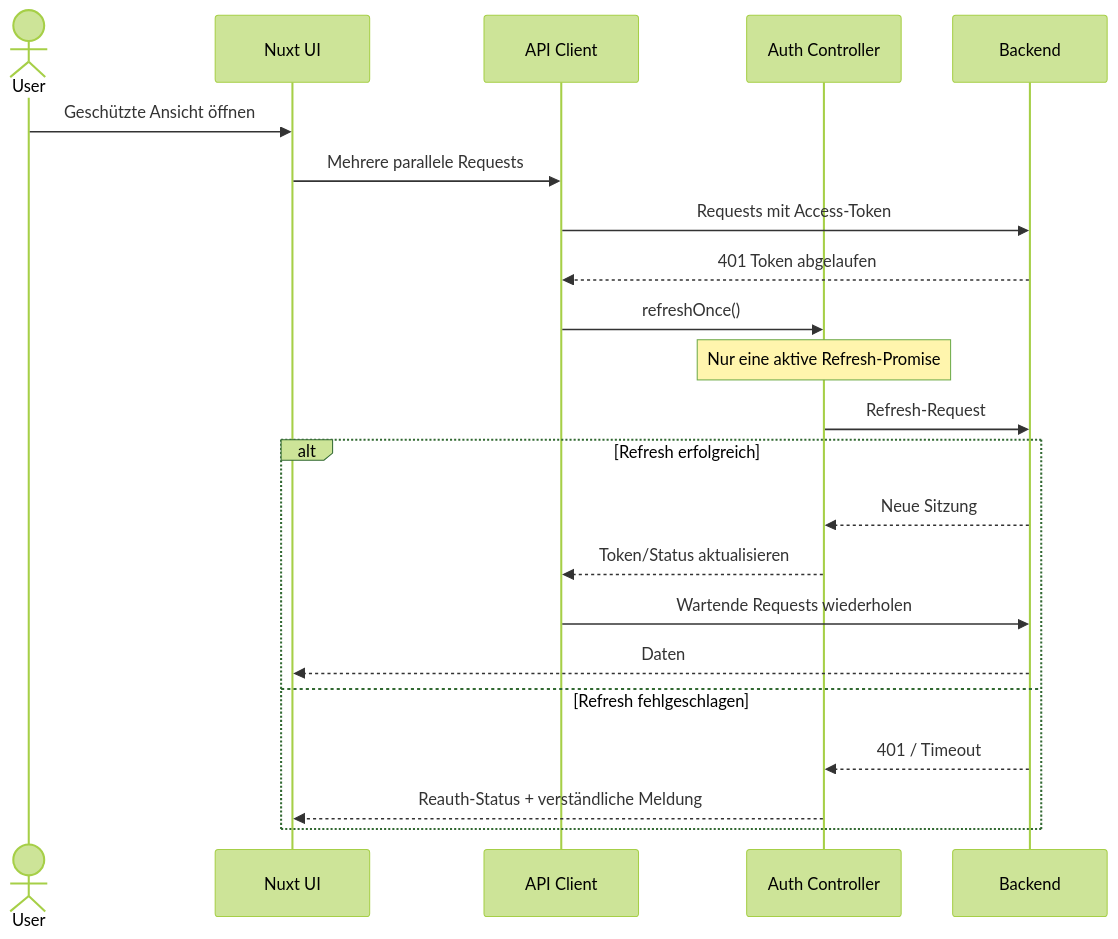
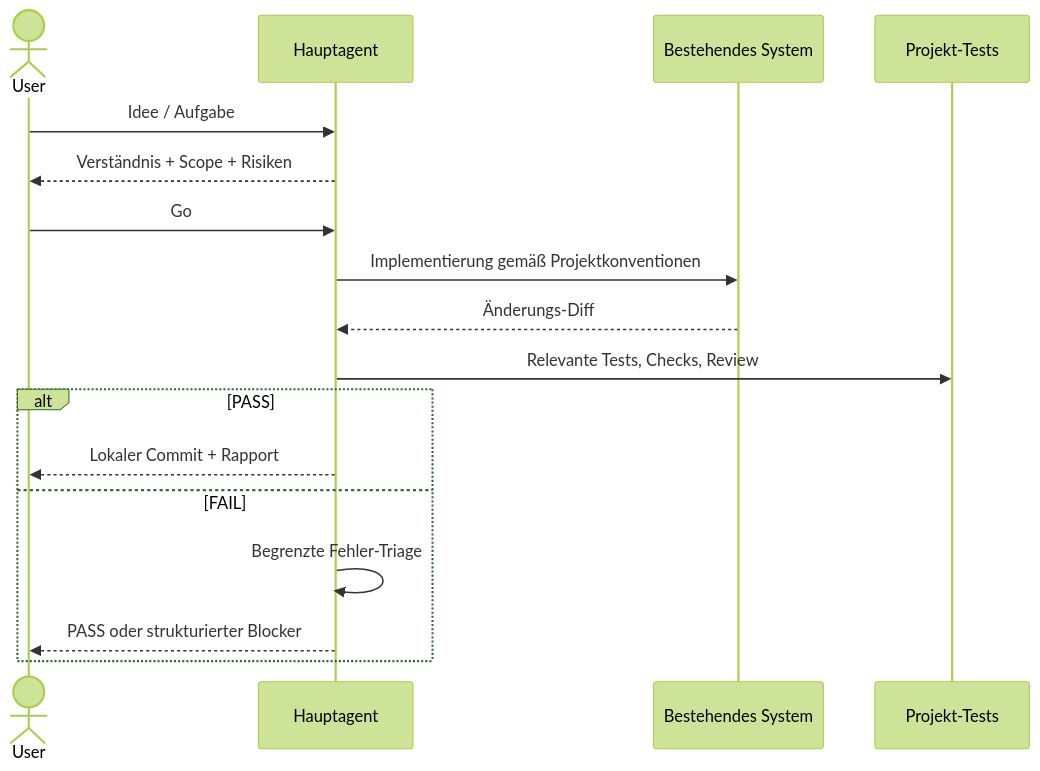
The first of 3 diagrams in docs/04-praxisbeispiele.md (pancoda-software/portable-agentic-policy-kit), drawn with Mermaid (forest theme) before and after one commit. The commit also changed other lines of this file and 35 other files, not shown here.

````diff
--- a/docs/04-praxisbeispiele.md
+++ b/docs/04-praxisbeispiele.md
@@ -27,24 +11,19 @@
 ```mermaid
 sequenceDiagram
     actor User
-    participant UI as Nuxt UI
-    participant API as API Client
-    participant AUTH as Auth Controller
-    participant BE as Backend
-    User->>UI: Geschützte Ansicht öffnen
-    UI->>API: Mehrere parallele Requests
-    API->>BE: Requests mit Access-Token
-    BE-->>API: 401 Token abgelaufen
-    API->>AUTH: refreshOnce()
-    Note over AUTH: Nur eine aktive Refresh-Promise
-    AUTH->>BE: Refresh-Request
-    alt Refresh erfolgreich
-      BE-->>AUTH: Neue Sitzung
-      AUTH-->>API: Token/Status aktualisieren
-      API->>BE: Wartende Requests wiederholen
-      BE-->>UI: Daten
-    else Refresh fehlgeschlagen
-      BE-->>AUTH: 401 / Timeout
-      AUTH-->>UI: Reauth-Status + verständliche Meldung
+    participant Agent as Hauptagent
+    participant App as Bestehendes System
+    participant Tests as Projekt-Tests
+    User->>Agent: Idee / Aufgabe
+    Agent-->>User: Verständnis + Scope + Risiken
+    User->>Agent: Go
+    Agent->>App: Implementierung gemäß Projektkonventionen
+    App-->>Agent: Änderungs-Diff
+    Agent->>Tests: Relevante Tests, Checks, Review
+    alt PASS
+      Agent-->>User: Lokaler Commit + Rapport
+    else FAIL
+      Agent->>Agent: Begrenzte Fehler-Triage
+      Agent-->>User: PASS oder strukturierter Blocker
     end
 ```
````
